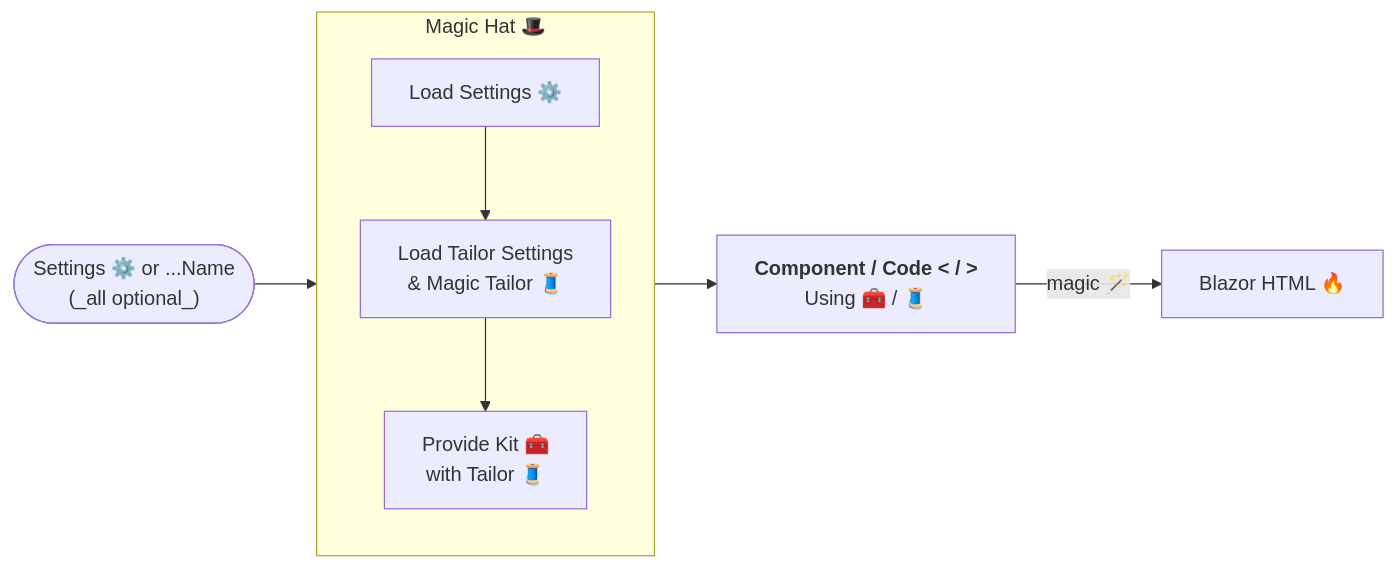
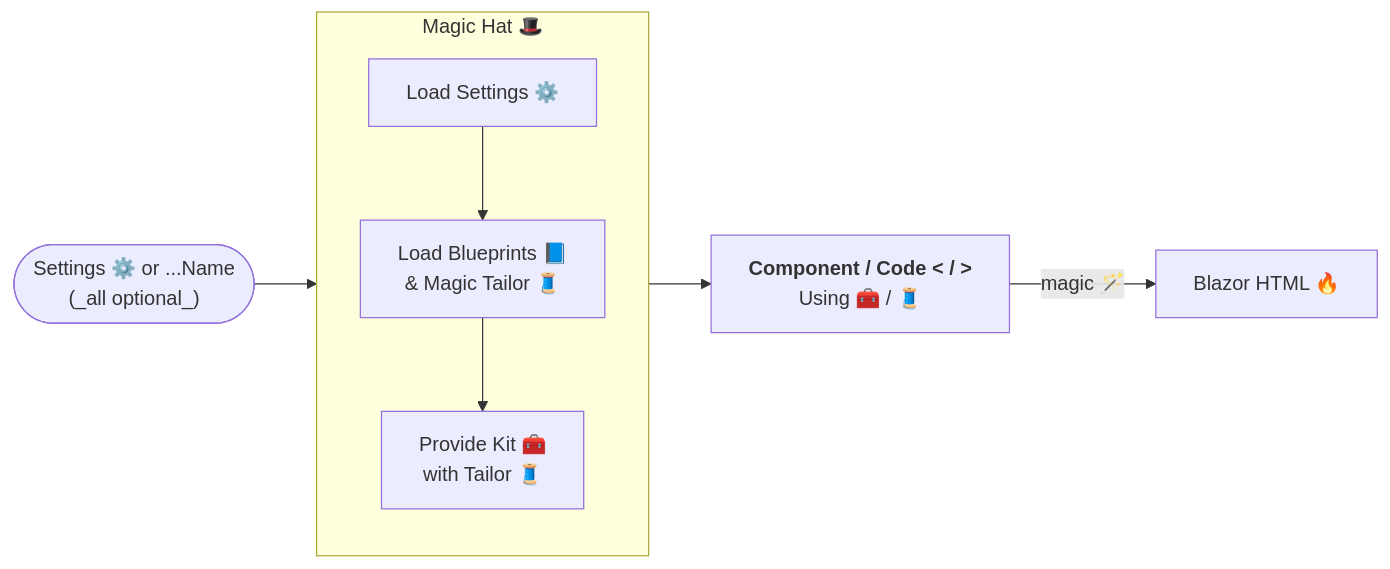
The second of 2 diagrams in docs-src/pages/library/magic-menu/index.md (cre8magic/cre8magic), drawn with Mermaid before and after one commit. The commit also changed other lines of this file and 21 other files, not shown here.

````diff
--- a/docs-src/pages/library/magic-menu/index.md
+++ b/docs-src/pages/library/magic-menu/index.md
@@ -69,15 +69,15 @@
 ```mermaid
 flowchart LR
  subgraph s1["Magic Hat 🎩"]
             ls["Load Settings ⚙️"]
-        n1["Load Tailor Settings<br>&amp; Magic Tailor 🧵"]
+        n1["Load Blueprints 📘<br>&amp; Magic Tailor 🧵"]
         gk["Provide Kit 🧰
         with Tailor 🧵"]
   end
     YC["<b>Component / Code &lt; / &gt;</b><br>Using 🧰 / 🧵"] -- magic 🪄 --> HTML["Blazor HTML 🔥"]
     ls --> n1
     n1 --> gk
     s1 --> YC
     S(["Settings ⚙️ or ...Name <br> (_all optional_)"]) --> s1
 
 ```
````
